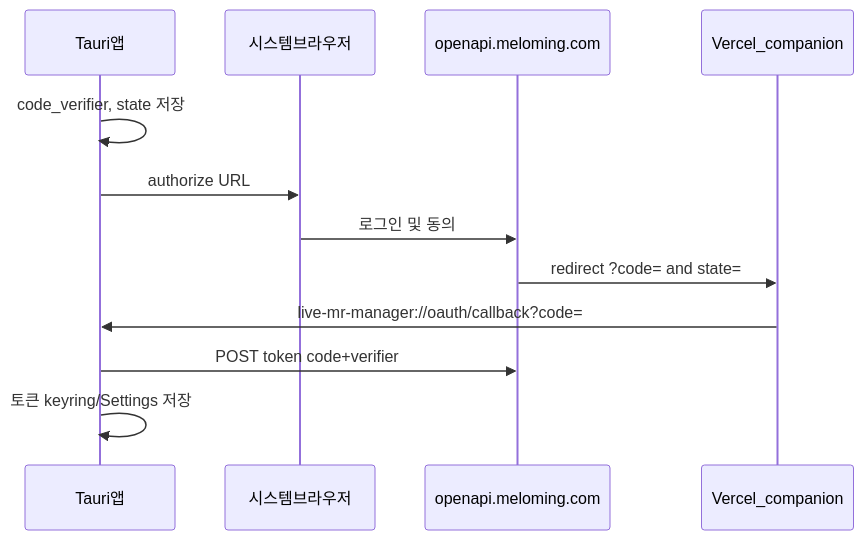
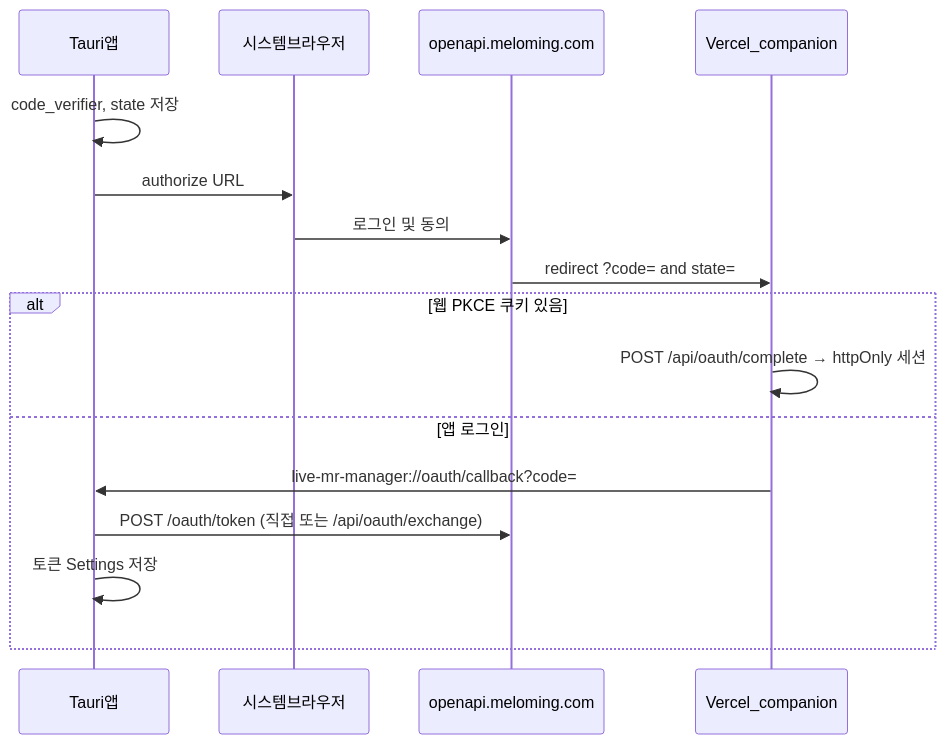
One commit to Temmis2077/Live-MR-Manager-Mod changed the first of 3 diagrams in docs/MELOMING_SONGBOOK_INTEGRATION.md. Above: the diagram before and after it, drawn with Mermaid. The commit also changed other lines of this file and 18 other files, not shown here.

Commit message:
Release v0.4.11: Meloming multi-platform pull, OAuth UI hold, docs

````diff
--- a/docs/MELOMING_SONGBOOK_INTEGRATION.md
+++ b/docs/MELOMING_SONGBOOK_INTEGRATION.md
@@ -274,15 +274,19 @@
 ```mermaid
 sequenceDiagram
   participant App as Tauri앱
   participant Browser as 시스템브라우저
   participant Meloming as openapi.meloming.com
   participant Web as Vercel_companion
 
   App->>App: code_verifier, state 저장
   App->>Browser: authorize URL
   Browser->>Meloming: 로그인 및 동의
   Meloming->>Web: redirect ?code= and state=
-  Web->>App: live-mr-manager://oauth/callback?code=
-  App->>Meloming: POST token code+verifier
-  App->>App: 토큰 keyring/Settings 저장
+  alt 웹 PKCE 쿠키 있음
+    Web->>Web: POST /api/oauth/complete → httpOnly 세션
+  else 앱 로그인
+    Web->>App: live-mr-manager://oauth/callback?code=
+    App->>Meloming: POST /oauth/token (직접 또는 /api/oauth/exchange)
+    App->>App: 토큰 Settings 저장
+  end
 ```
````
